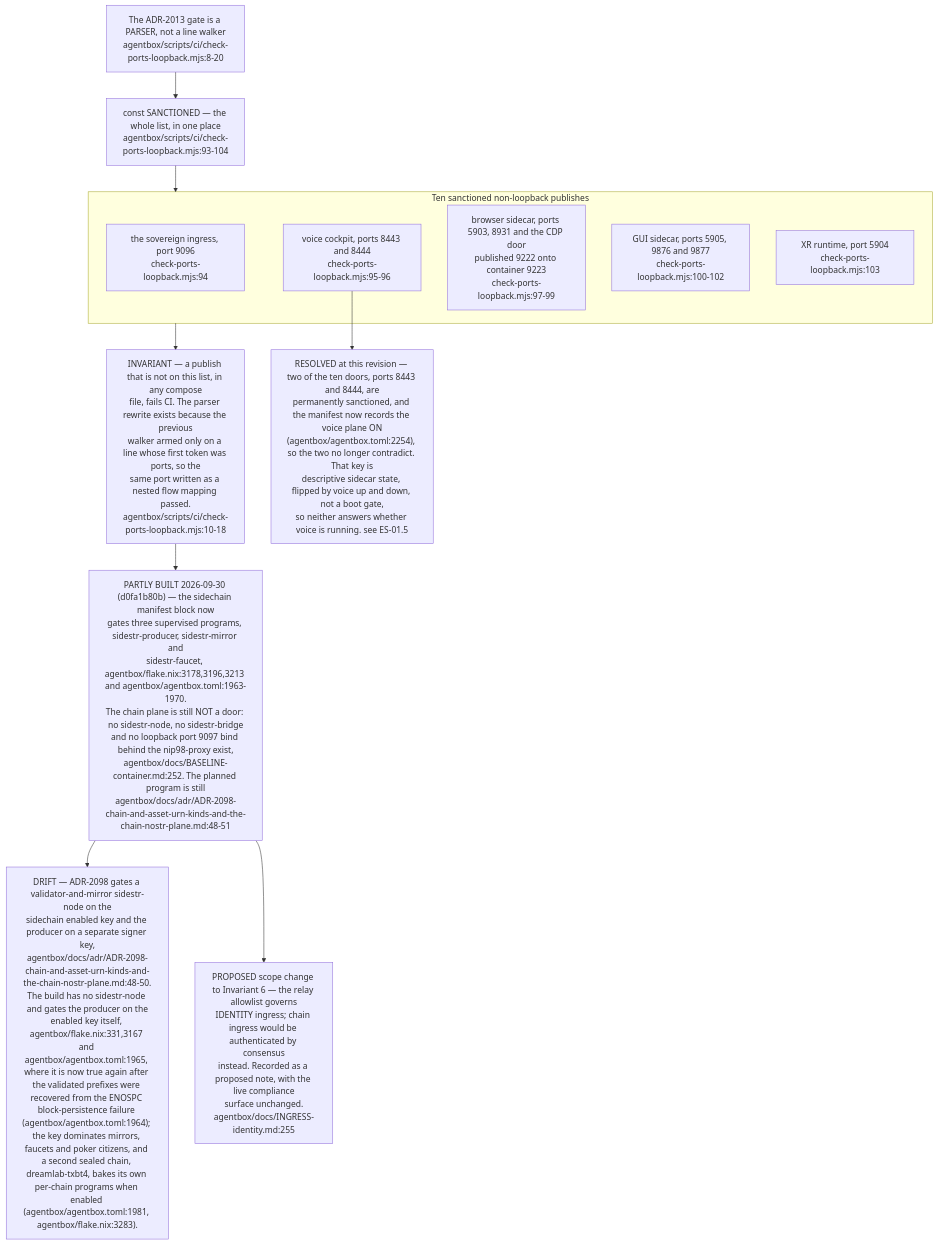
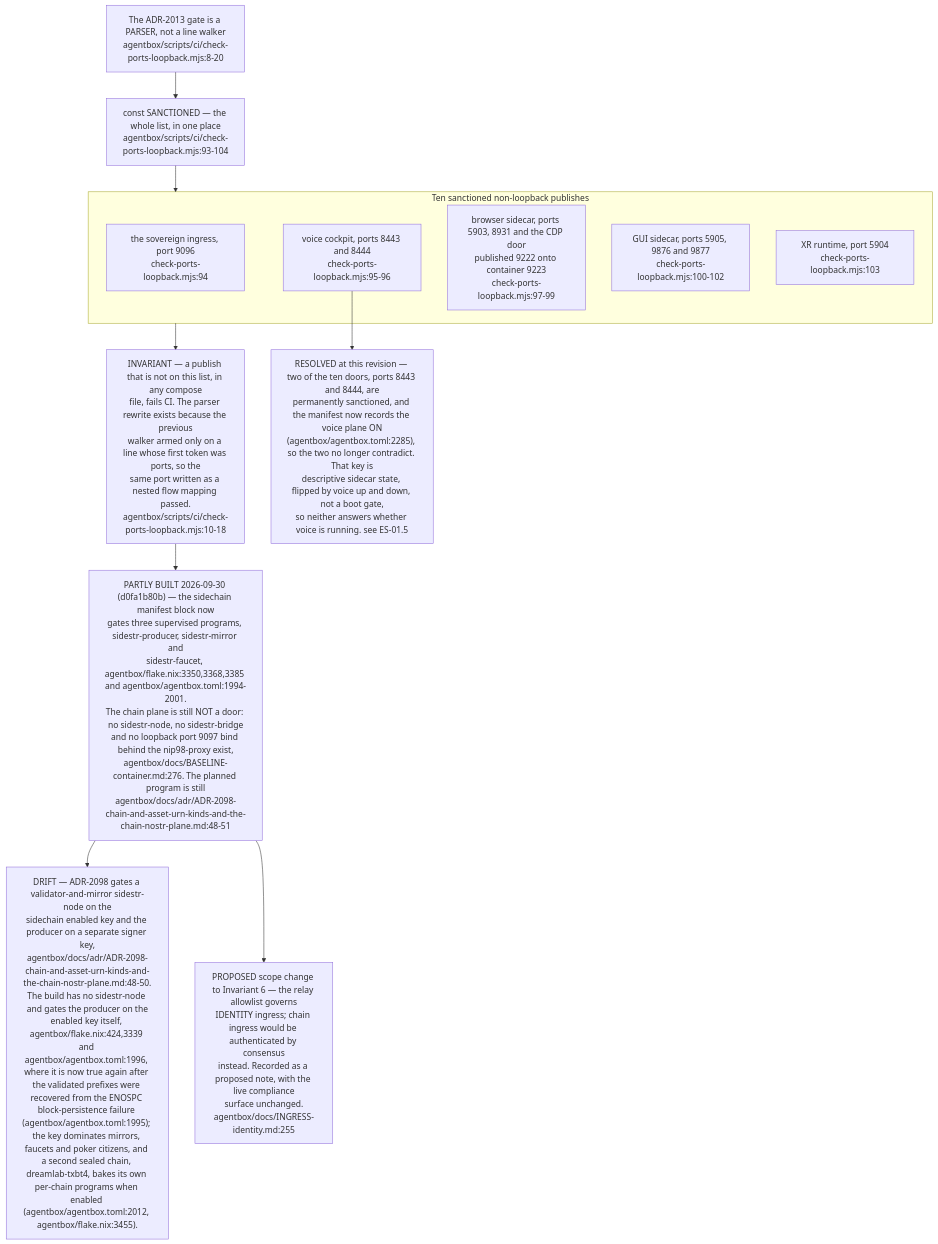
Before and after one commit to DreamLab-AI/VisionFlow: diagram 11 of 11 in docs/diagrams/estate/10-deployment-and-security-profiles.md, drawn with Mermaid. The commit also changed other lines of this file and 5 other files, not shown here.

````diff
--- a/docs/diagrams/estate/10-deployment-and-security-profiles.md
+++ b/docs/diagrams/estate/10-deployment-and-security-profiles.md
@@ -452,29 +453,29 @@
 ```mermaid
 flowchart TB
     GATE["The ADR-2013 gate is a PARSER, not a line walker<br/>agentbox/scripts/ci/check-ports-loopback.mjs:8-20"]
     LIST["const SANCTIONED — the whole list, in one place<br/>agentbox/scripts/ci/check-ports-loopback.mjs:93-104"]
     GATE --> LIST
 
     subgraph DOORS["Ten sanctioned non-loopback publishes"]
         D0["the sovereign ingress, port 9096<br/>check-ports-loopback.mjs:94"]
         D1["voice cockpit, ports 8443 and 8444<br/>check-ports-loopback.mjs:95-96"]
         D2["browser sidecar, ports 5903, 8931 and the CDP door<br/>published 9222 onto container 9223<br/>check-ports-loopback.mjs:97-99"]
         D3["GUI sidecar, ports 5905, 9876 and 9877<br/>check-ports-loopback.mjs:100-102"]
         D4["XR runtime, port 5904<br/>check-ports-loopback.mjs:103"]
     end
     LIST --> DOORS
 
     INV["INVARIANT — a publish that is not on this list, in any compose<br/>file, fails CI. The parser rewrite exists because the previous<br/>walker armed only on a line whose first token was ports, so the<br/>same port written as a nested flow mapping passed.<br/>agentbox/scripts/ci/check-ports-loopback.mjs:10-18"]
     DOORS --> INV
 
-    PROP["PARTLY BUILT 2026-09-30 (d0fa1b80b) — the sidechain manifest block now<br/>gates three supervised programs, sidestr-producer, sidestr-mirror and<br/>sidestr-faucet, agentbox/flake.nix:3178,3196,3213 and agentbox/agentbox.toml:1963-1970.<br/>The chain plane is still NOT a door: no sidestr-node, no sidestr-bridge<br/>and no loopback port 9097 bind behind the nip98-proxy exist,<br/>agentbox/docs/BASELINE-container.md:252. The planned program is still<br/>agentbox/docs/adr/ADR-2098-chain-and-asset-urn-kinds-and-the-chain-nostr-plane.md:48-51"]
+    PROP["PARTLY BUILT 2026-09-30 (d0fa1b80b) — the sidechain manifest block now<br/>gates three supervised programs, sidestr-producer, sidestr-mirror and<br/>sidestr-faucet, agentbox/flake.nix:3350,3368,3385 and agentbox/agentbox.toml:1994-2001.<br/>The chain plane is still NOT a door: no sidestr-node, no sidestr-bridge<br/>and no loopback port 9097 bind behind the nip98-proxy exist,<br/>agentbox/docs/BASELINE-container.md:276. The planned program is still<br/>agentbox/docs/adr/ADR-2098-chain-and-asset-urn-kinds-and-the-chain-nostr-plane.md:48-51"]
     INV --> PROP
-    GATEDRIFT["DRIFT — ADR-2098 gates a validator-and-mirror sidestr-node on the<br/>sidechain enabled key and the producer on a separate signer key,<br/>agentbox/docs/adr/ADR-2098-chain-and-asset-urn-kinds-and-the-chain-nostr-plane.md:48-50.<br/>The build has no sidestr-node and gates the producer on the<br/>enabled key itself, agentbox/flake.nix:331,3167 and agentbox/agentbox.toml:1965, where it is now true again after the validated prefixes were recovered from the ENOSPC block-persistence failure (agentbox/agentbox.toml:1964); the key dominates mirrors, faucets and poker citizens, and a second sealed chain, dreamlab-txbt4, bakes its own per-chain programs when enabled (agentbox/agentbox.toml:1981, agentbox/flake.nix:3283)."]
+    GATEDRIFT["DRIFT — ADR-2098 gates a validator-and-mirror sidestr-node on the<br/>sidechain enabled key and the producer on a separate signer key,<br/>agentbox/docs/adr/ADR-2098-chain-and-asset-urn-kinds-and-the-chain-nostr-plane.md:48-50.<br/>The build has no sidestr-node and gates the producer on the<br/>enabled key itself, agentbox/flake.nix:424,3339 and agentbox/agentbox.toml:1996, where it is now true again after the validated prefixes were recovered from the ENOSPC block-persistence failure (agentbox/agentbox.toml:1995); the key dominates mirrors, faucets and poker citizens, and a second sealed chain, dreamlab-txbt4, bakes its own per-chain programs when enabled (agentbox/agentbox.toml:2012, agentbox/flake.nix:3455)."]
     PROP --> GATEDRIFT
 
     NARROW["PROPOSED scope change to Invariant 6 — the relay allowlist governs<br/>IDENTITY ingress; chain ingress would be authenticated by consensus<br/>instead. Recorded as a proposed note, with the live compliance<br/>surface unchanged.<br/>agentbox/docs/INGRESS-identity.md:255"]
     PROP --> NARROW
 
-    TENSION["RESOLVED at this revision — two of the ten doors, ports 8443 and 8444, are<br/>permanently sanctioned, and the manifest now records the voice plane ON<br/>(agentbox/agentbox.toml:2254), so the two no longer contradict. That key is<br/>descriptive sidecar state, flipped by voice up and down, not a boot gate,<br/>so neither answers whether voice is running. see ES-01.5"]
+    TENSION["RESOLVED at this revision — two of the ten doors, ports 8443 and 8444, are<br/>permanently sanctioned, and the manifest now records the voice plane ON<br/>(agentbox/agentbox.toml:2285), so the two no longer contradict. That key is<br/>descriptive sidecar state, flipped by voice up and down, not a boot gate,<br/>so neither answers whether voice is running. see ES-01.5"]
     D1 --> TENSION
 ```
````
